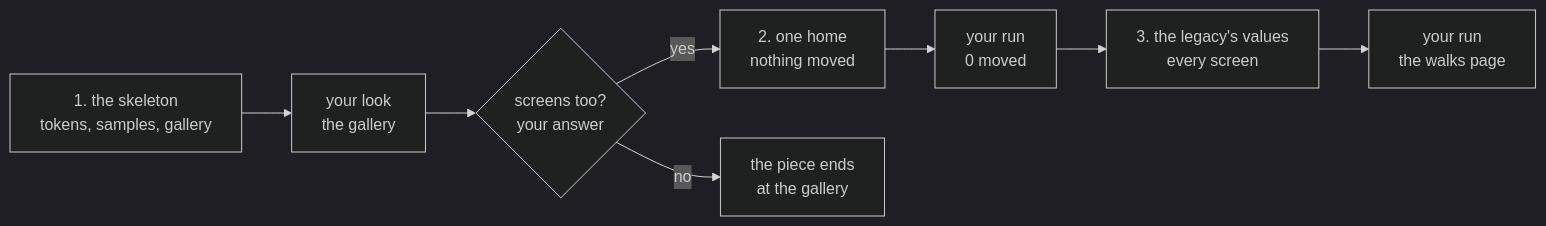
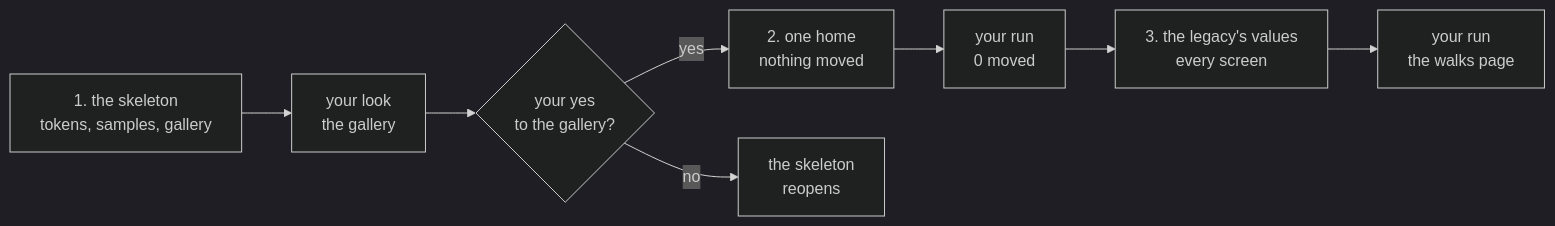
The diagram in docs/plans/2026-11-12-design-system.md (ancJ29/credo), drawn with Mermaid (dark theme) before and after one commit. The commit also changed other lines of this file, not shown here.

First line of the commit message:
docs(plans): the design system's landings 2 and 3 wait for the human's yes to the gallery

````diff
--- a/docs/plans/2026-11-12-design-system.md
+++ b/docs/plans/2026-11-12-design-system.md
@@ -14,8 +14,8 @@
 ```mermaid
 flowchart LR
   skel["1. the skeleton<br/>tokens, samples, gallery"] --> look1["your look<br/>the gallery"]
-  look1 --> ask{"screens too?<br/>your answer"}
+  look1 --> ask{"your yes<br/>to the gallery?"}
   ask -- yes --> home["2. one home<br/>nothing moved"] --> run1["your run<br/>0 moved"]
   run1 --> values["3. the legacy's values<br/>every screen"] --> run2["your run<br/>the walks page"]
-  ask -- no --> stop["the piece ends<br/>at the gallery"]
+  ask -- no --> stop["the skeleton<br/>reopens"]
 ```
````
